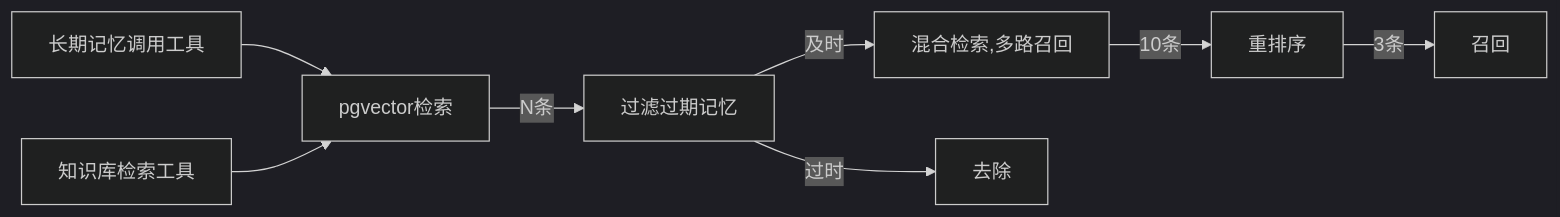
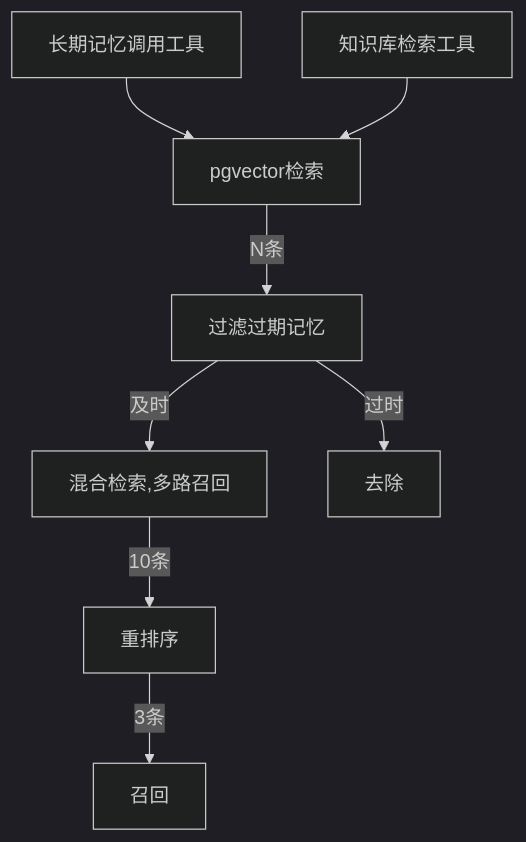
One commit to xiao-Huahuo/Agent-Core-Service changed the second of 2 diagrams in README.md. Above: the diagram before and after it, drawn with Mermaid (dark theme). The commit also changed other lines of this file and 48 other files, not shown here.

````diff
--- a/README.md
+++ b/README.md
@@ -57,10 +64,10 @@
-   ```mermaid  
-   flowchart LR  
-	   A[长期记忆调用工具] --> B[pgvector检索]  
-	   C[知识库检索工具] --> B 
-	   B -->|N条| H[过滤过期记忆]
-	   H -->|及时| D[混合检索,多路召回]  
-	   D -->|10条| E[重排序]  
-	   E -->|3条| F[召回]  
-	   H -->|过时| G[去除]  
-   ```      
+```mermaid  
+flowchart  
+   A[长期记忆调用工具] --> B[pgvector检索]  
+   C[知识库检索工具] --> B 
+   B -->|N条| H[过滤过期记忆]
+   H -->|及时| D[混合检索,多路召回]  
+   D -->|10条| E[重排序]  
+   E -->|3条| F[召回]  
+   H -->|过时| G[去除]  
+```      
````
